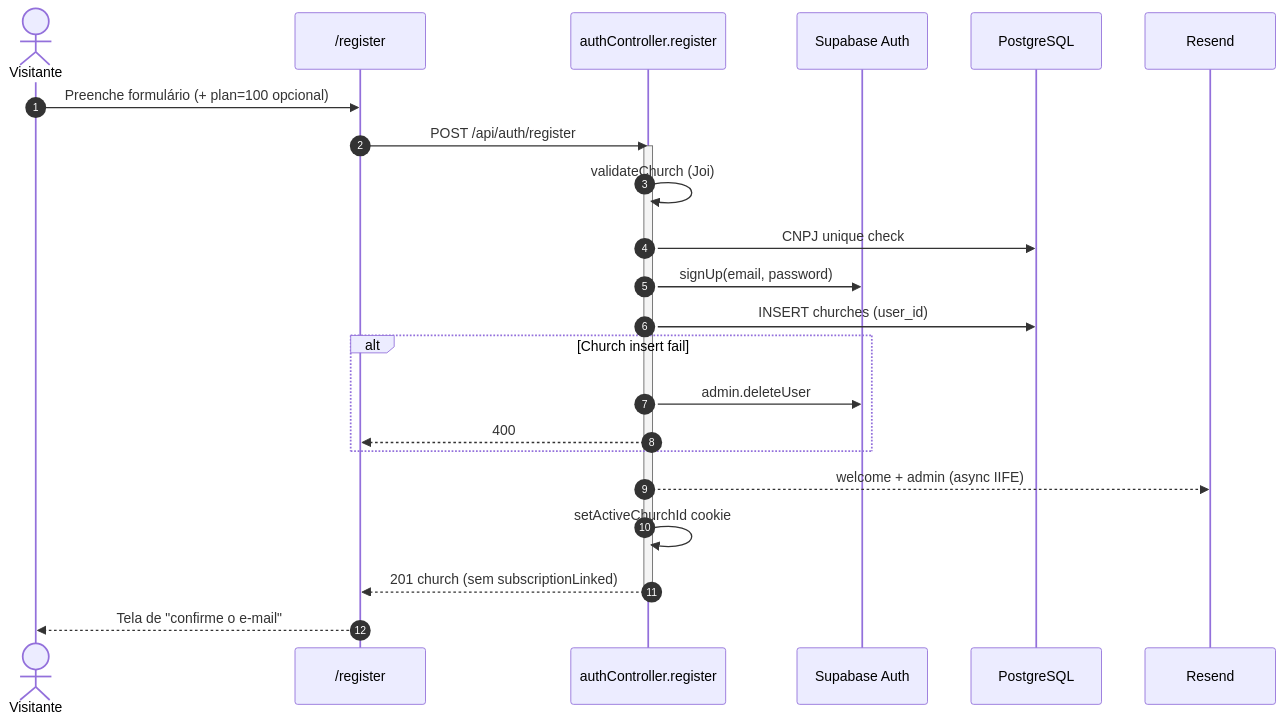
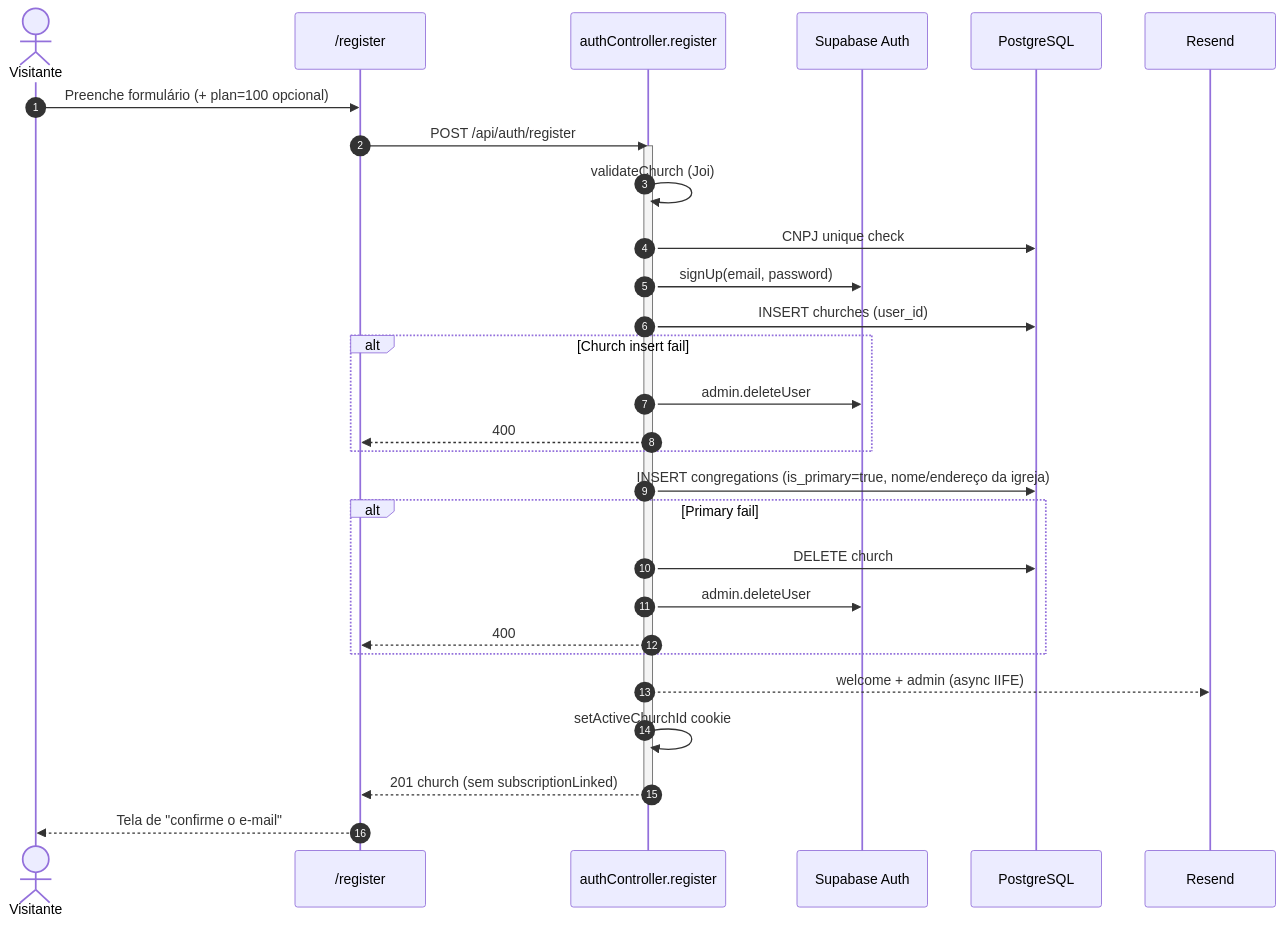
Before and after one commit to vinic-asouza/flock: the first of 6 diagrams in docs/04_modulos/onboarding.md, drawn with Mermaid. The commit also changed other lines of this file and 85 other files, not shown here.

````diff
--- a/docs/04_modulos/onboarding.md
+++ b/docs/04_modulos/onboarding.md
@@ -246,27 +250,33 @@
 ```mermaid
 sequenceDiagram
   autonumber
   actor U as Visitante
   participant FE as /register
   participant API as authController.register
   participant SA as Supabase Auth
   participant DB as PostgreSQL
   participant Mail as Resend
 
   U->>FE: Preenche formulário (+ plan=100 opcional)
   FE->>API: POST /api/auth/register
   activate API
   API->>API: validateChurch (Joi)
   API->>DB: CNPJ unique check
   API->>SA: signUp(email, password)
   API->>DB: INSERT churches (user_id)
   alt Church insert fail
     API->>SA: admin.deleteUser
     API-->>FE: 400
   end
+  API->>DB: INSERT congregations (is_primary=true, nome/endereço da igreja)
+  alt Primary fail
+    API->>DB: DELETE church
+    API->>SA: admin.deleteUser
+    API-->>FE: 400
+  end
   API-->>Mail: welcome + admin (async IIFE)
   API->>API: setActiveChurchId cookie
   API-->>FE: 201 church (sem subscriptionLinked)
   deactivate API
   FE-->>U: Tela de "confirme o e-mail"
 ```
````
